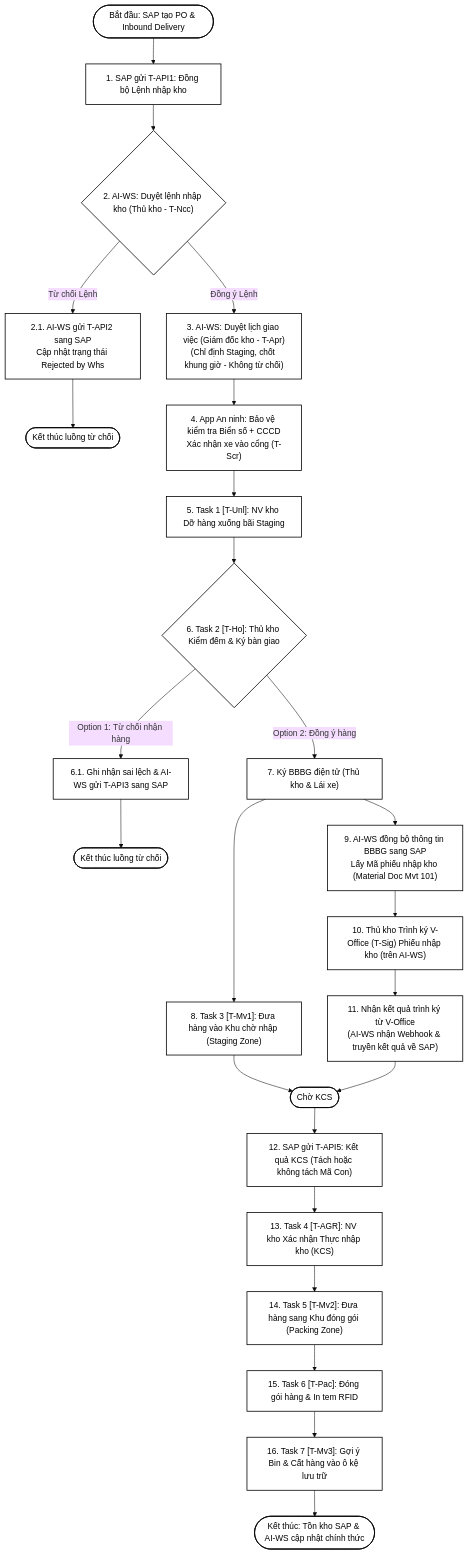
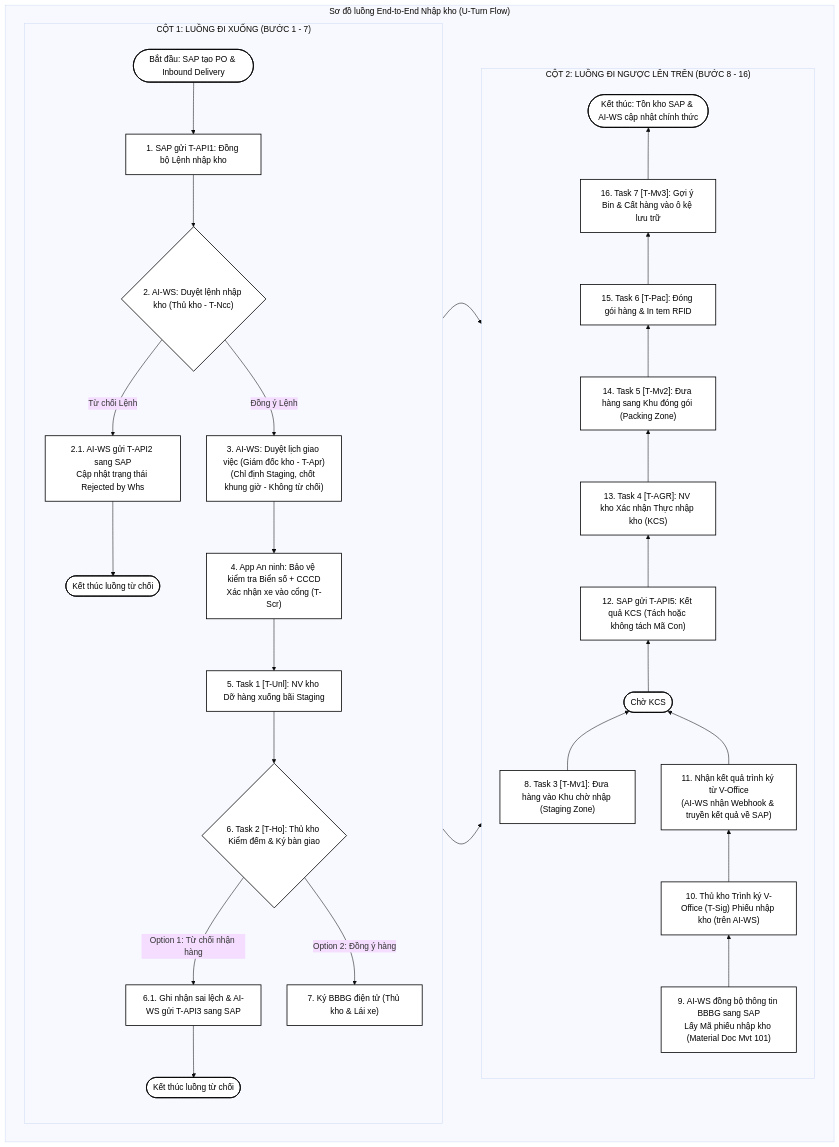
The second of 8 diagrams in ba/documents/srs/new/SRS_MM.10A_QuyTrinh_Va_ManHinh_Task_NhapKho_NCC_v1.0.0.md (EdwardTran04/Project_Management), drawn with Mermaid (base theme) before and after one commit. The commit also changed other lines of this file and 3 other files, not shown here.

````diff
--- a/ba/documents/srs/new/SRS_MM.10A_QuyTrinh_Va_ManHinh_Task_NhapKho_NCC_v1.0.0.md
+++ b/ba/documents/srs/new/SRS_MM.10A_QuyTrinh_Va_ManHinh_Task_NhapKho_NCC_v1.0.0.md
@@ -208,46 +177,48 @@
 ```mermaid
 flowchart TD
-    %% SAP Khoi tao & API1
-    START([Bắt đầu: SAP tạo PO & Inbound Delivery]) --> STEP1["1. SAP gửi T-API1: Đồng bộ Lệnh nhập kho"]
-    STEP1 --> STEP2{"2. AI-WS: Duyệt lệnh nhập kho (Thủ kho - T-Ncc)"}
-    
-    %% Nhanh tu choi o Buoc 2
-    STEP2 -- Từ chối Lệnh --> REJ1["2.1. AI-WS gửi T-API2 sang SAP<br>Cập nhật trạng thái Rejected by Whs"]
-    REJ1 --> END_REJ1([Kết thúc luồng từ chối])
+    subgraph MAIN ["Sơ đồ luồng End-to-End Nhập kho (U-Turn Flow)"]
+        direction LR
+        
+        subgraph COL1 ["CỘT 1: LUỒNG ĐI XUỐNG (BƯỚC 1 - 7)"]
+            direction TB
+            START([Bắt đầu: SAP tạo PO & Inbound Delivery]) --> STEP1["1. SAP gửi T-API1: Đồng bộ Lệnh nhập kho"]
+            STEP1 --> STEP2{"2. AI-WS: Duyệt lệnh nhập kho (Thủ kho - T-Ncc)"}
+            
+            STEP2 -- Từ chối Lệnh --> REJ1["2.1. AI-WS gửi T-API2 sang SAP<br>Cập nhật trạng thái Rejected by Whs"]
+            REJ1 --> END_REJ1([Kết thúc luồng từ chối])
 
-    %% Nhanh Dong y Lenh -> Buoc 3 Duyet lich -> App An ninh -> Task 1 -> Task 2
-    STEP2 -- Đồng ý Lệnh --> STEP3["3. AI-WS: Duyệt lịch giao việc (Giám đốc kho - T-Apr)<br>(Chỉ định Staging, chốt khung giờ - Không từ chối)"]
-    STEP3 --> STEP4["4. App An ninh: Bảo vệ kiểm tra Biển số + CCCD<br>Xác nhận xe vào cổng (T-Scr)"]
-    STEP4 --> STEP5["5. Task 1 [T-Unl]: NV kho Dỡ hàng xuống bãi Staging"]
-    STEP5 --> STEP6{"6. Task 2 [T-Ho]: Thủ kho Kiểm đếm & Ký bàn giao"}
+            STEP2 -- Đồng ý Lệnh --> STEP3["3. AI-WS: Duyệt lịch giao việc (Giám đốc kho - T-Apr)<br>(Chỉ định Staging, chốt khung giờ - Không từ chối)"]
+            STEP3 --> STEP4["4. App An ninh: Bảo vệ kiểm tra Biển số + CCCD<br>Xác nhận xe vào cổng (T-Scr)"]
+            STEP4 --> STEP5["5. Task 1 [T-Unl]: NV kho Dỡ hàng xuống bãi Staging"]
+            STEP5 --> STEP6{"6. Task 2 [T-Ho]: Thủ kho Kiểm đếm & Ký bàn giao"}
 
-    %% Option 1: Tu choi hang
-    STEP6 -- Option 1: Từ chối nhận hàng --> REJ2["6.1. Ghi nhận sai lệch & AI-WS gửi T-API3 sang SAP"]
-    REJ2 --> END_REJ2([Kết thúc luồng từ chối])
+            STEP6 -- Option 1: Từ chối nhận hàng --> REJ2["6.1. Ghi nhận sai lệch & AI-WS gửi T-API3 sang SAP"]
+            REJ2 --> END_REJ2([Kết thúc luồng từ chối])
 
-    %% Option 2: Dong y hang -> Ky BBBG -> Chay song song 2 nhanh
-    STEP6 -- Option 2: Đồng ý hàng --> SIGN_BBBG["7. Ký BBBG điện tử (Thủ kho & Lái xe)"]
-    
-    %% Nhanh 1 (Vat ly - Kho): Task 3
-    SIGN_BBBG --> STEP7["8. Task 3 [T-Mv1]: Đưa hàng vào Khu chờ nhập (Staging Zone)"]
-    
-    %% Nhanh 2 (Chung tu - Tich hop): Dong bo SAP -> Lay Phieu nhap -> Trinh ky V-Office -> Nhan ket qua
-    SIGN_BBBG --> SYNC_SAP["9. AI-WS đồng bộ thông tin BBBG sang SAP<br>Lấy Mã phiếu nhập kho (Material Doc Mvt 101)"]
-    SYNC_SAP --> VOFFICE["10. Thủ kho Trình ký V-Office (T-Sig) Phiếu nhập kho (trên AI-WS)"]
-    VOFFICE --> VOFFICE_CB["11. Nhận kết quả trình ký từ V-Office<br>(AI-WS nhận Webhook & truyền kết quả về SAP)"]
+            STEP6 -- Option 2: Đồng ý hàng --> SIGN_BBBG["7. Ký BBBG điện tử (Thủ kho & Lái xe)"]
+        end
 
-    %% Hoi tu 2 nhanh -> Cho KCS tu SAP
-    STEP7 --> JOIN_SYNC(["Chờ KCS"])
-    VOFFICE_CB --> JOIN_SYNC
-    
-    JOIN_SYNC --> WAIT_KCS["12. SAP gửi T-API5: Kết quả KCS (Tách hoặc không tách Mã Con)"]
-    WAIT_KCS --> STEP8["13. Task 4 [T-AGR]: NV kho Xác nhận Thực nhập kho (KCS)"]
-    STEP8 --> STEP9["14. Task 5 [T-Mv2]: Đưa hàng sang Khu đóng gói (Packing Zone)"]
-    STEP9 --> STEP10["15. Task 6 [T-Pac]: Đóng gói hàng & In tem RFID"]
-    STEP10 --> STEP11["16. Task 7 [T-Mv3]: Gợi ý Bin & Cất hàng vào ô kệ lưu trữ"]
-    STEP11 --> FINISH([Kết thúc: Tồn kho SAP & AI-WS cập nhật chính thức])
+        subgraph COL2 ["CỘT 2: LUỒNG ĐI NGƯỢC LÊN TRÊN (BƯỚC 8 - 16)"]
+            direction BT
+            SYNC_SAP["9. AI-WS đồng bộ thông tin BBBG sang SAP<br>Lấy Mã phiếu nhập kho (Material Doc Mvt 101)"] --> VOFFICE["10. Thủ kho Trình ký V-Office (T-Sig) Phiếu nhập kho (trên AI-WS)"]
+            VOFFICE --> VOFFICE_CB["11. Nhận kết quả trình ký từ V-Office<br>(AI-WS nhận Webhook & truyền kết quả về SAP)"]
+            
+            STEP7["8. Task 3 [T-Mv1]: Đưa hàng vào Khu chờ nhập (Staging Zone)"] --> JOIN_SYNC(["Chờ KCS"])
+            VOFFICE_CB --> JOIN_SYNC
 
-    %% Styling: Chu đen nen trang
+            JOIN_SYNC --> WAIT_KCS["12. SAP gửi T-API5: Kết quả KCS (Tách hoặc không tách Mã Con)"]
+            WAIT_KCS --> STEP8["13. Task 4 [T-AGR]: NV kho Xác nhận Thực nhập kho (KCS)"]
+            STEP8 --> STEP9["14. Task 5 [T-Mv2]: Đưa hàng sang Khu đóng gói (Packing Zone)"]
+            STEP9 --> STEP10["15. Task 6 [T-Pac]: Đóng gói hàng & In tem RFID"]
+            STEP10 --> STEP11["16. Task 7 [T-Mv3]: Gợi ý Bin & Cất hàng vào ô kệ lưu trữ"]
+            STEP11 --> FINISH([Kết thúc: Tồn kho SAP & AI-WS cập nhật chính thức])
+        end
+
+        SIGN_BBBG --> STEP7
+        SIGN_BBBG --> SYNC_SAP
+    end
+
+    %% Styling: Chữ đen nền trắng
     classDef mainNode fill:#ffffff,stroke:#000000,color:#000000,stroke-width:1.5px;
     class START,STEP1,STEP2,REJ1,END_REJ1,STEP3,STEP4,STEP5,STEP6,REJ2,END_REJ2,SIGN_BBBG,STEP7,SYNC_SAP,VOFFICE,VOFFICE_CB,JOIN_SYNC,WAIT_KCS,STEP8,STEP9,STEP10,STEP11,FINISH mainNode;
 ```
````
